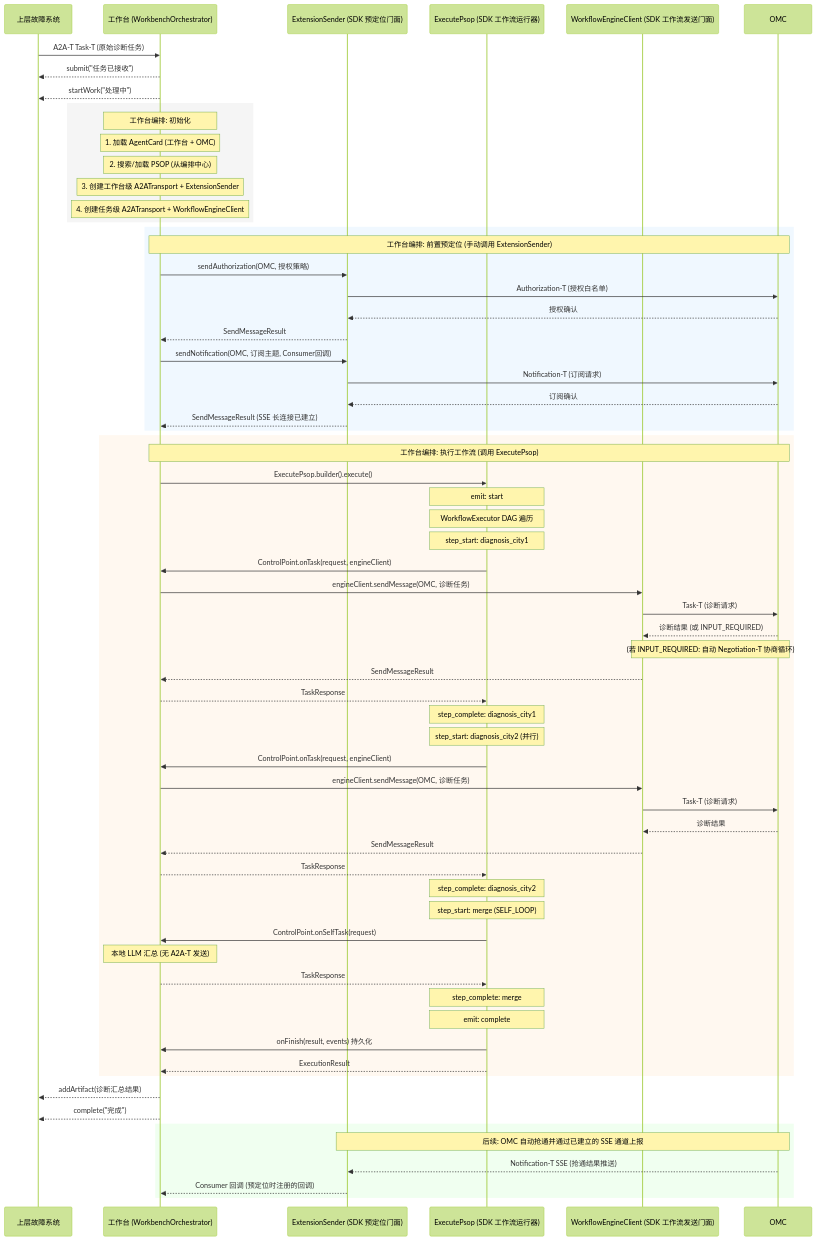
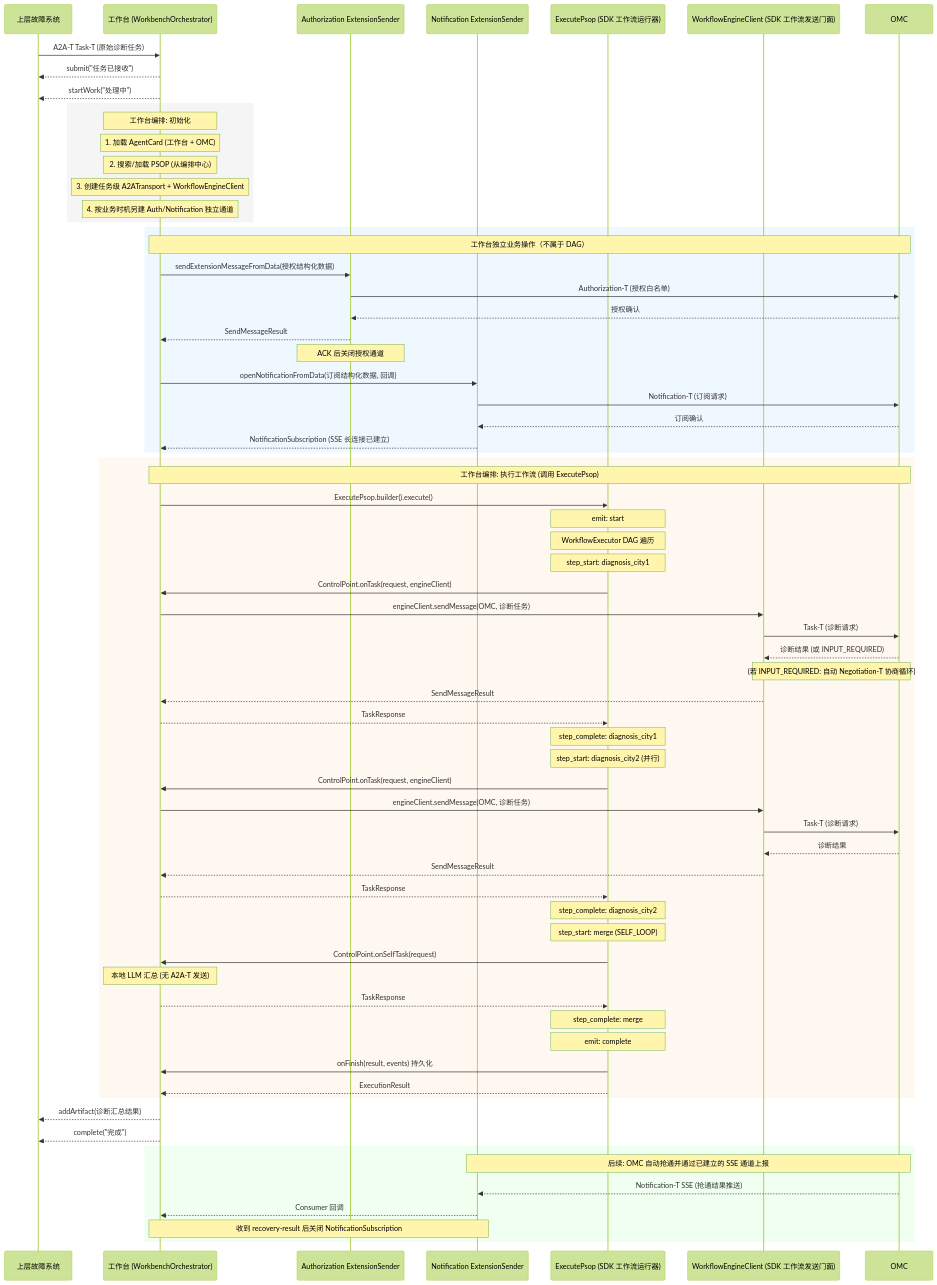
One commit to Zhoujie628/workflow-engine-sdk-java changed the fourth of 4 diagrams in docs/zh/工作台集成指南.md. Above: the diagram before and after it, drawn with Mermaid (forest theme). The commit also changed other lines of this file and 6 other files, not shown here.

````diff
--- a/docs/zh/工作台集成指南.md
+++ b/docs/zh/工作台集成指南.md
@@ -844,7 +836,8 @@
 sequenceDiagram
     participant UPPER as 上层故障系统
     participant WB as 工作台 (WorkbenchOrchestrator)
-    participant ES as ExtensionSender (SDK 预定位门面)
+    participant AS as Authorization ExtensionSender
+    participant NS as Notification ExtensionSender
     participant EP as ExecutePsop (SDK 工作流运行器)
     participant EC as WorkflowEngineClient (SDK 工作流发送门面)
     participant OMC as OMC
@@ -857,21 +850,22 @@
     Note over WB: 工作台编排: 初始化
     Note over WB: 1. 加载 AgentCard (工作台 + OMC)
     Note over WB: 2. 搜索/加载 PSOP (从编排中心)
-    Note over WB: 3. 创建工作台级 A2ATransport + ExtensionSender
-    Note over WB: 4. 创建任务级 A2ATransport + WorkflowEngineClient
+    Note over WB: 3. 创建任务级 A2ATransport + WorkflowEngineClient
+    Note over WB: 4. 按业务时机另建 Auth/Notification 独立通道
     end
 
     rect rgba(240, 248, 255, 1)
-    Note over WB,OMC: 工作台编排: 前置预定位 (手动调用 ExtensionSender)
-    WB->>ES: sendAuthorization(OMC, 授权策略)
-    ES->>OMC: Authorization-T (授权白名单)
-    OMC-->>ES: 授权确认
-    ES-->>WB: SendMessageResult
+    Note over WB,OMC: 工作台独立业务操作（不属于 DAG）
+    WB->>AS: sendExtensionMessageFromData(授权结构化数据)
+    AS->>OMC: Authorization-T (授权白名单)
+    OMC-->>AS: 授权确认
+    AS-->>WB: SendMessageResult
+    Note over AS: ACK 后关闭授权通道
 
-    WB->>ES: sendNotification(OMC, 订阅主题, Consumer回调)
-    ES->>OMC: Notification-T (订阅请求)
-    OMC-->>ES: 订阅确认
-    ES-->>WB: SendMessageResult (SSE 长连接已建立)
+    WB->>NS: openNotificationFromData(订阅结构化数据, 回调)
+    NS->>OMC: Notification-T (订阅请求)
+    OMC-->>NS: 订阅确认
+    NS-->>WB: NotificationSubscription (SSE 长连接已建立)
     end
 
     rect rgba(255, 248, 240, 1)
@@ -915,8 +909,9 @@
     WB-->>UPPER: complete("完成")
 
     rect rgba(240, 255, 240, 1)
-    Note over ES,OMC: 后续: OMC 自动抢通并通过已建立的 SSE 通道上报
-    OMC-->>ES: Notification-T SSE (抢通结果推送)
-    ES-->>WB: Consumer 回调 (预定位时注册的回调)
+    Note over NS,OMC: 后续: OMC 自动抢通并通过已建立的 SSE 通道上报
+    OMC-->>NS: Notification-T SSE (抢通结果推送)
+    NS-->>WB: Consumer 回调
+    Note over WB,NS: 收到 recovery-result 后关闭 NotificationSubscription
     end
 ```
````
